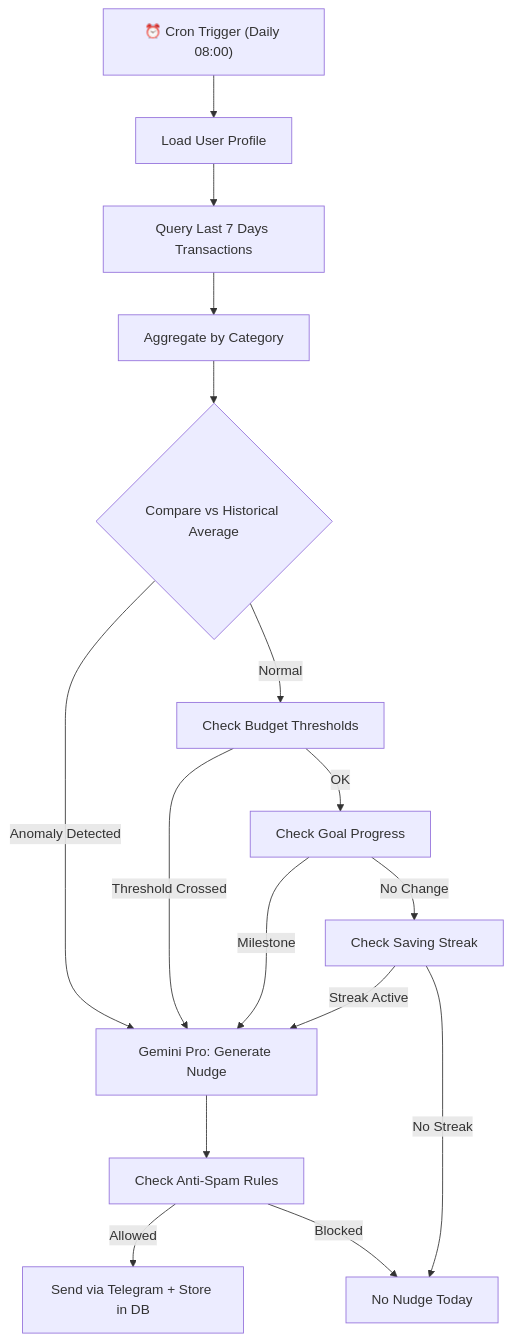
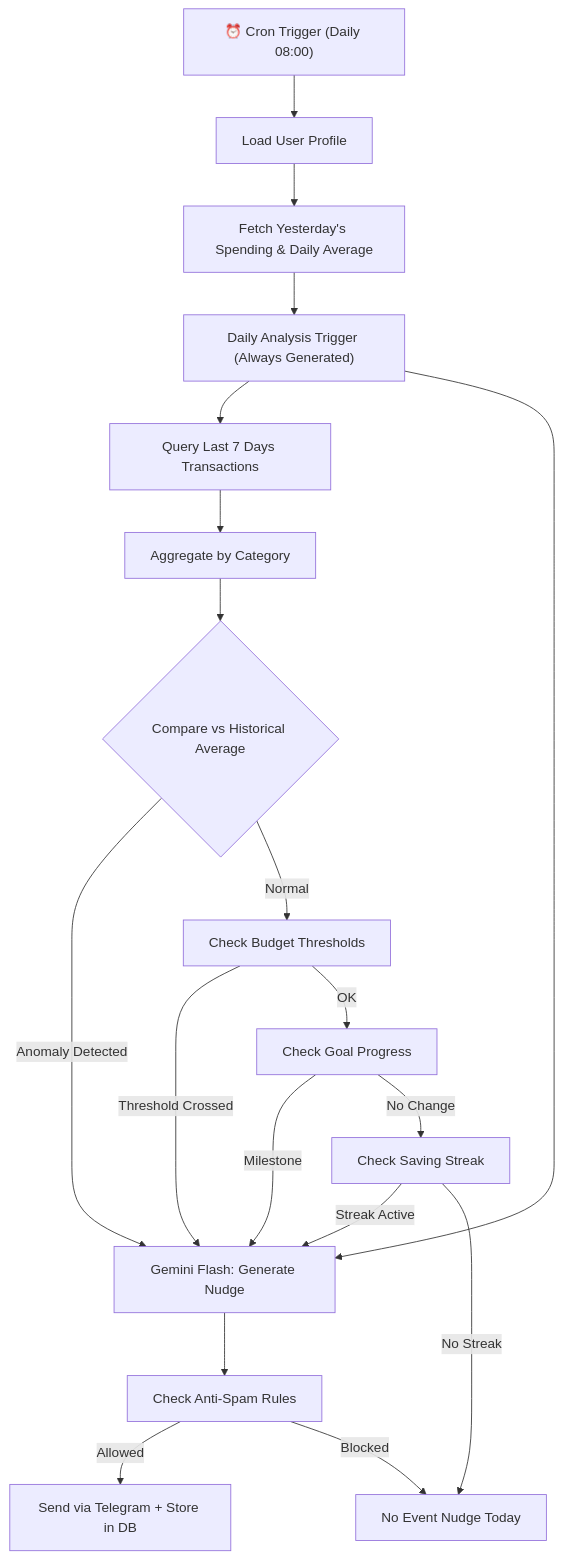
The diagram in docs/FEATURE_BEHAVIORAL_NUDGE.md (nqhuy44/chiwi), drawn with Mermaid before and after one commit. The commit also changed other lines of this file and 12 other files, not shown here.

Commit message:
enhance nudge daily and api to query same period

````diff
--- a/docs/FEATURE_BEHAVIORAL_NUDGE.md
+++ b/docs/FEATURE_BEHAVIORAL_NUDGE.md
@@ -50,18 +51,21 @@
 ```mermaid
 flowchart TD
     A["⏰ Cron Trigger (Daily 08:00)"] --> B[Load User Profile]
-    B --> C[Query Last 7 Days Transactions]
-    C --> D[Aggregate by Category]
-    D --> E{Compare vs Historical Average}
-    E -->|Anomaly Detected| F["Gemini Pro: Generate Nudge"]
-    E -->|Normal| G[Check Budget Thresholds]
-    G -->|Threshold Crossed| F
-    G -->|OK| H[Check Goal Progress]
-    H -->|Milestone| F
-    H -->|No Change| I[Check Saving Streak]
-    I -->|Streak Active| F
-    I -->|No Streak| J[No Nudge Today]
-    F --> K[Check Anti-Spam Rules]
-    K -->|Allowed| L[Send via Telegram + Store in DB]
-    K -->|Blocked| J
+    B --> C[Fetch Yesterday's Spending & Daily Average]
+    C --> D["Daily Analysis Trigger (Always Generated)"]
+    D --> E[Query Last 7 Days Transactions]
+    E --> F[Aggregate by Category]
+    F --> G{Compare vs Historical Average}
+    G -->|Anomaly Detected| H["Gemini Flash: Generate Nudge"]
+    G -->|Normal| I[Check Budget Thresholds]
+    I -->|Threshold Crossed| H
+    I -->|OK| J[Check Goal Progress]
+    J -->|Milestone| H
+    J -->|No Change| K[Check Saving Streak]
+    K -->|Streak Active| H
+    K -->|No Streak| L[No Event Nudge Today]
+    H --> M[Check Anti-Spam Rules]
+    M -->|Allowed| N[Send via Telegram + Store in DB]
+    M -->|Blocked| L
+    D --> H
 ```
````
